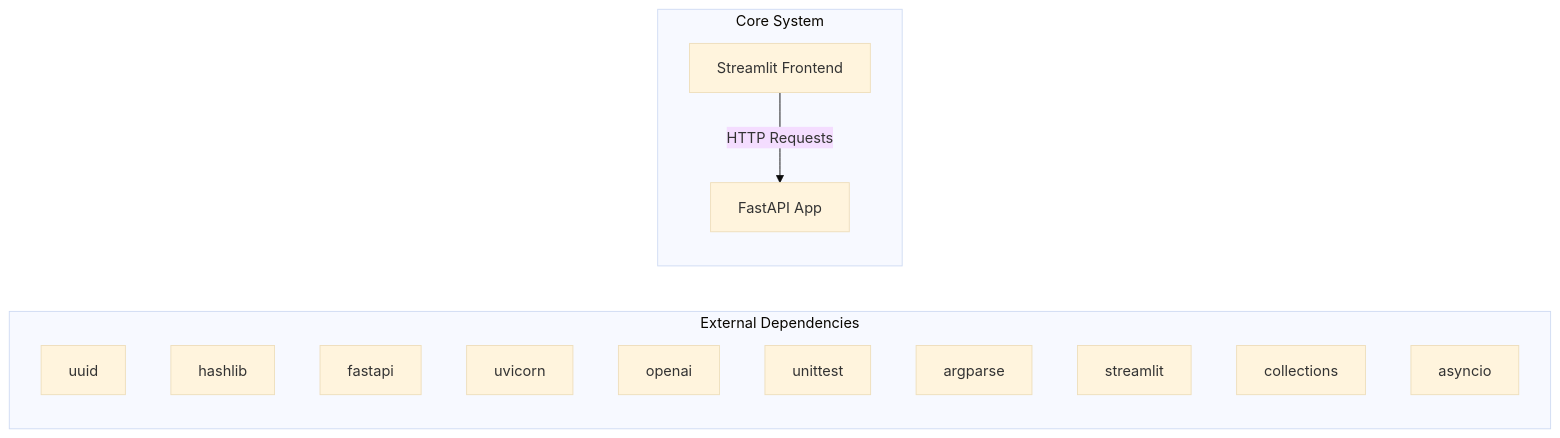
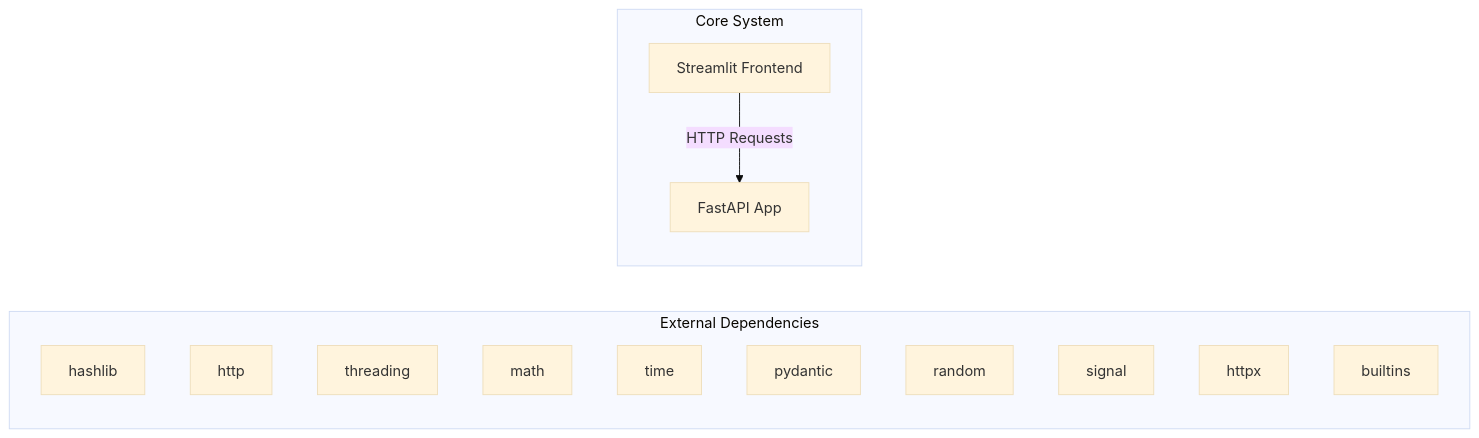
The first of 2 diagrams in docs/architecture.md (NITISH-R-G/rag-context-optimizer), drawn with Mermaid (base theme) before and after one commit. The commit also changed other lines of this file and 1 other file, not shown here.

Commit message:
docs: auto-update repository knowledge, architecture diagrams, and documentation

````diff
--- a/docs/architecture.md
+++ b/docs/architecture.md
@@ -7,20 +7,20 @@
 ```mermaid
 graph LR
     subgraph External Dependencies
-        E0["uuid"]
-        E1["hashlib"]
-        E2["fastapi"]
-        E3["uvicorn"]
-        E4["openai"]
-        E5["unittest"]
-        E6["argparse"]
-        E7["streamlit"]
-        E8["collections"]
-        E9["asyncio"]
+        E0["hashlib"]
+        E1["http"]
+        E2["threading"]
+        E3["math"]
+        E4["time"]
+        E5["pydantic"]
+        E6["random"]
+        E7["signal"]
+        E8["httpx"]
+        E9["builtins"]
     end
     subgraph Core System
         API["FastAPI App"]
         UI["Streamlit Frontend"]
     end
     UI -->|HTTP Requests| API
 ```
````
